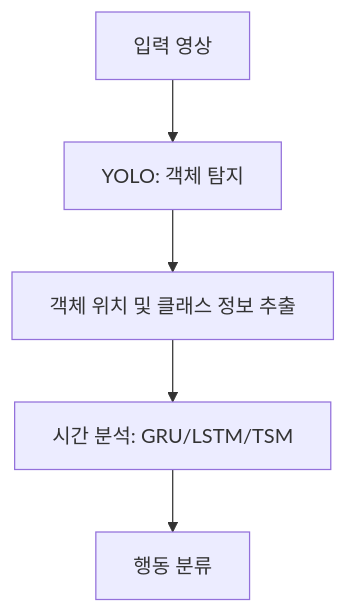
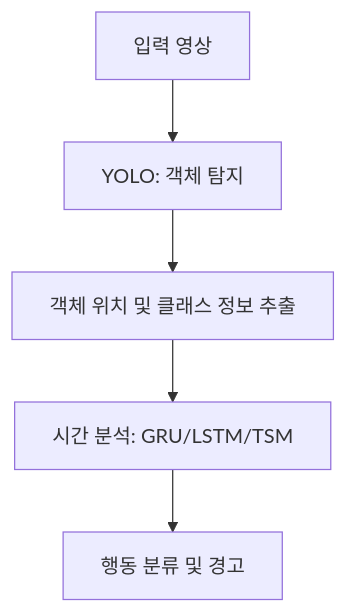
One commit to skull1224/TransBot-Anomaly-Tracker changed the diagram in README.md. Above: the diagram before and after it, drawn with Mermaid. The commit also changed other lines of this file, not shown here.

````diff
--- a/README.md
+++ b/README.md
@@ -112,7 +121,7 @@
 ```mermaid
 graph TD
 A[입력 영상] --> B[YOLO: 객체 탐지]
 B --> C[객체 위치 및 클래스 정보 추출]
 C --> D[시간 분석: GRU/LSTM/TSM]
-D --> E[행동 분류]
+D --> E[행동 분류 및 경고]
 ```
````
